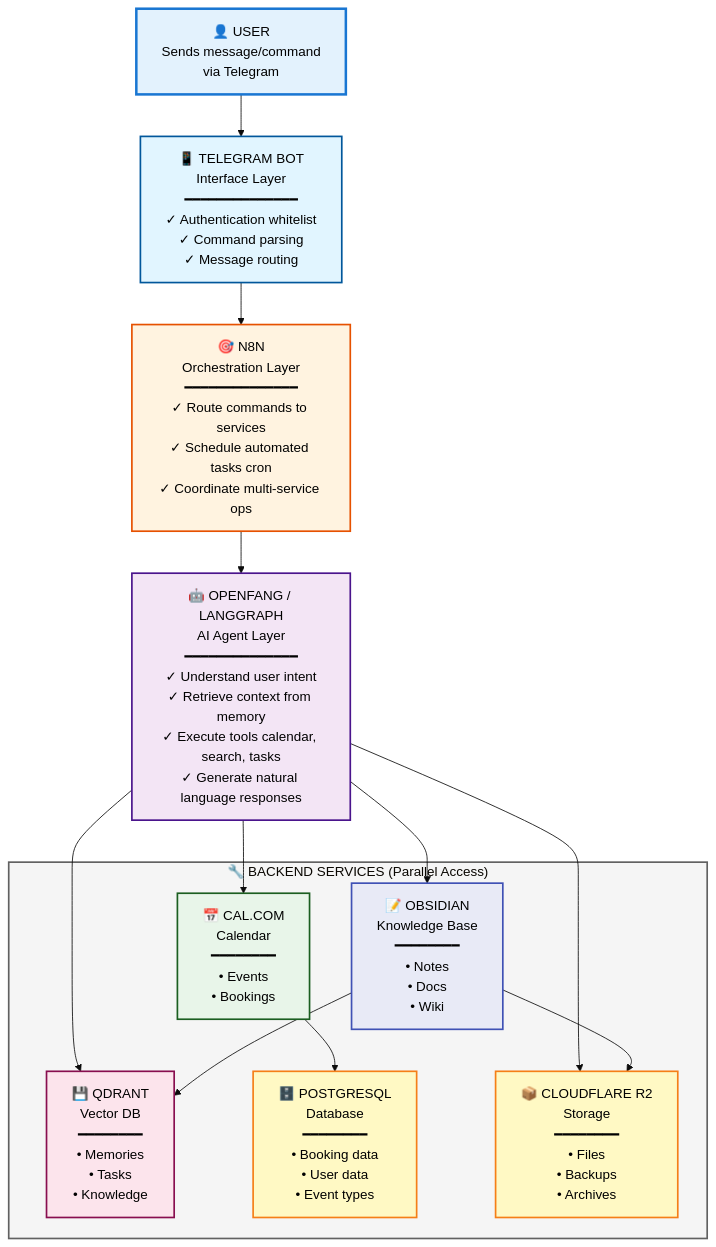
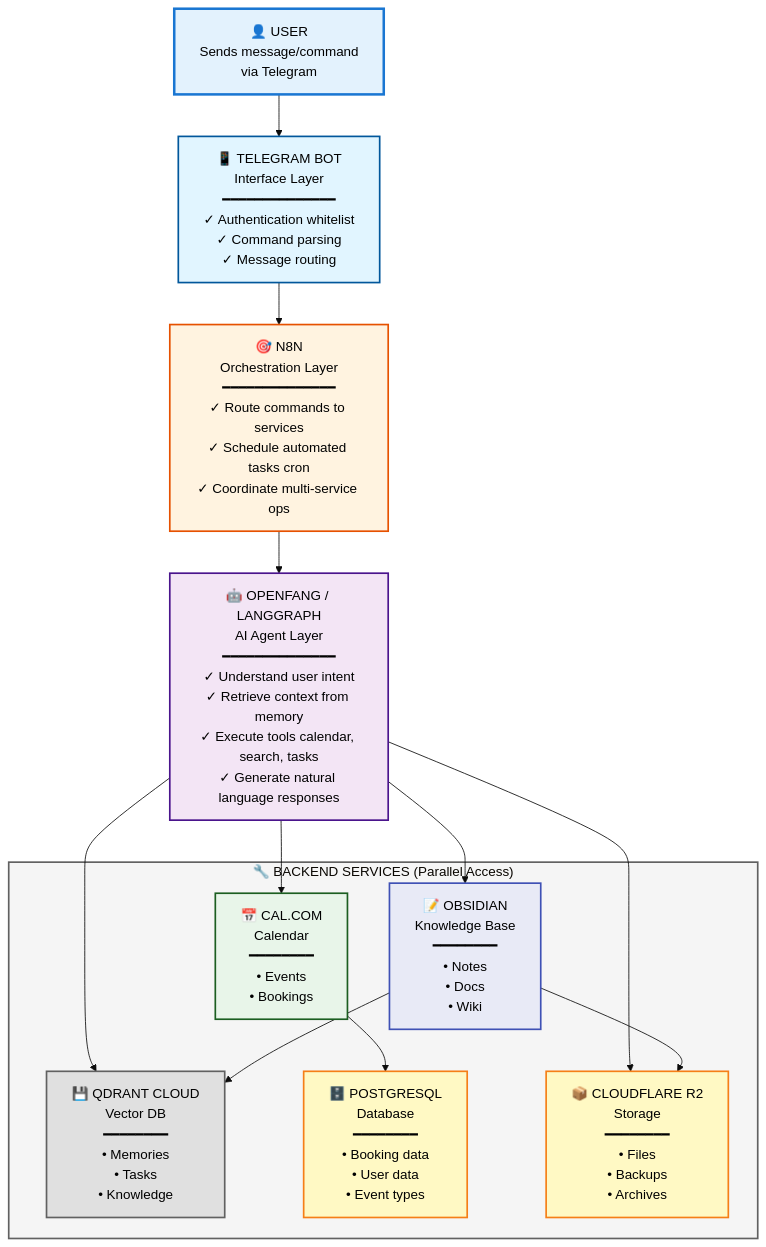
The second of 5 diagrams in README.md (oppytut/pro-secretary), drawn with Mermaid (base theme) before and after one commit. The commit also changed other lines of this file and 3 other files, not shown here.

Commit message:
refactor: migrate Qdrant from self-hosted to external provider (Qdrant Cloud)

````diff
--- a/README.md
+++ b/README.md
@@ -95,44 +100,44 @@
 ```mermaid
 flowchart TD
     User[👤 USER<br/>Sends message/command<br/>via Telegram]
     
     TelegramBot[📱 TELEGRAM BOT<br/>Interface Layer<br/>━━━━━━━━━━━━━━<br/>✓ Authentication whitelist<br/>✓ Command parsing<br/>✓ Message routing]
     
     N8N[🎯 N8N<br/>Orchestration Layer<br/>━━━━━━━━━━━━━━<br/>✓ Route commands to services<br/>✓ Schedule automated tasks cron<br/>✓ Coordinate multi-service ops]
     
     AIAgent[🤖 OPENFANG / LANGGRAPH<br/>AI Agent Layer<br/>━━━━━━━━━━━━━━<br/>✓ Understand user intent<br/>✓ Retrieve context from memory<br/>✓ Execute tools calendar, search, tasks<br/>✓ Generate natural language responses]
     
     subgraph Backend["🔧 BACKEND SERVICES (Parallel Access)"]
         Obsidian[📝 OBSIDIAN<br/>Knowledge Base<br/>━━━━━━━━<br/>• Notes<br/>• Docs<br/>• Wiki]
         
-        Qdrant[💾 QDRANT<br/>Vector DB<br/>━━━━━━━━<br/>• Memories<br/>• Tasks<br/>• Knowledge]
+        Qdrant[💾 QDRANT CLOUD<br/>Vector DB<br/>━━━━━━━━<br/>• Memories<br/>• Tasks<br/>• Knowledge]
         
         CalCom[📅 CAL.COM<br/>Calendar<br/>━━━━━━━━<br/>• Events<br/>• Bookings]
         
         PostgreSQL[🗄️ POSTGRESQL<br/>Database<br/>━━━━━━━━<br/>• Booking data<br/>• User data<br/>• Event types]
         
         R2[📦 CLOUDFLARE R2<br/>Storage<br/>━━━━━━━━<br/>• Files<br/>• Backups<br/>• Archives]
     end
     
     User --> TelegramBot
     TelegramBot --> N8N
     N8N --> AIAgent
     AIAgent --> Obsidian
     AIAgent --> Qdrant
     AIAgent --> CalCom
     AIAgent --> R2
     Obsidian --> Qdrant
     Obsidian --> R2
     CalCom --> PostgreSQL
     
     style User fill:#e3f2fd,stroke:#1976d2,stroke-width:3px,color:#000
     style TelegramBot fill:#e1f5ff,stroke:#01579b,stroke-width:2px,color:#000
     style N8N fill:#fff3e0,stroke:#e65100,stroke-width:2px,color:#000
     style AIAgent fill:#f3e5f5,stroke:#4a148c,stroke-width:2px,color:#000
     style Backend fill:#f5f5f5,stroke:#616161,stroke-width:2px
     style Obsidian fill:#e8eaf6,stroke:#3f51b5,stroke-width:2px,color:#000
-    style Qdrant fill:#fce4ec,stroke:#880e4f,stroke-width:2px,color:#000
+    style Qdrant fill:#e0e0e0,stroke:#616161,stroke-width:2px,color:#000
     style CalCom fill:#e8f5e9,stroke:#1b5e20,stroke-width:2px,color:#000
     style PostgreSQL fill:#fff9c4,stroke:#f57f17,stroke-width:2px,color:#000
     style R2 fill:#fff9c4,stroke:#f57f17,stroke-width:2px,color:#000
 ```
````
